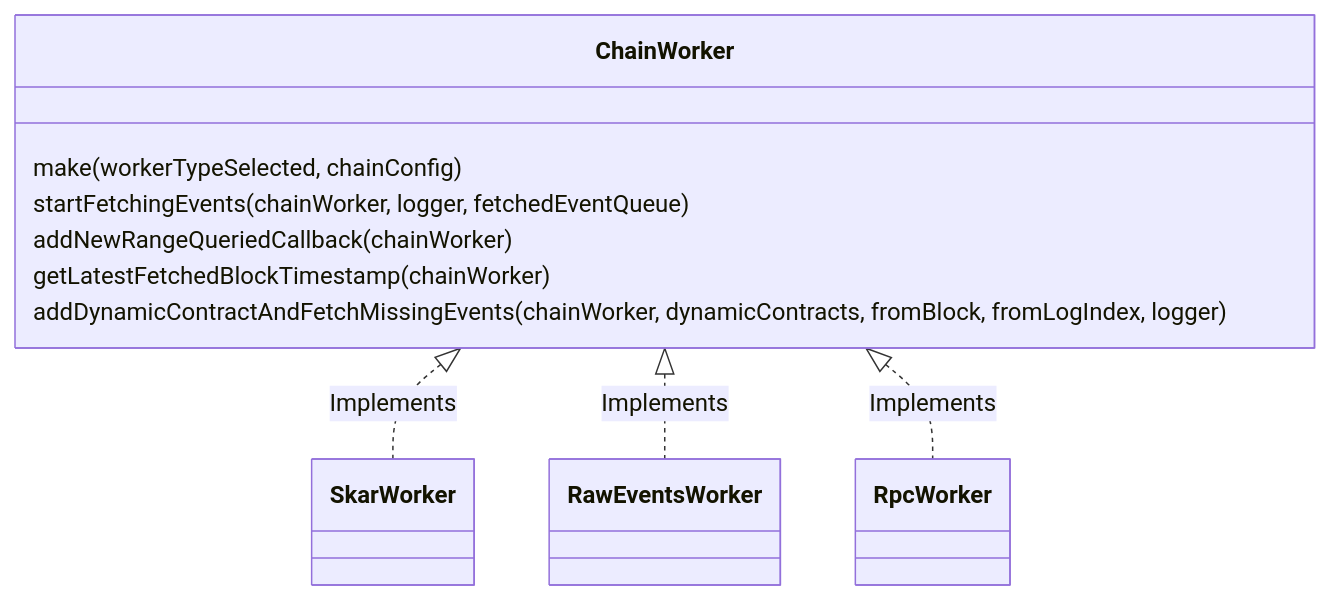
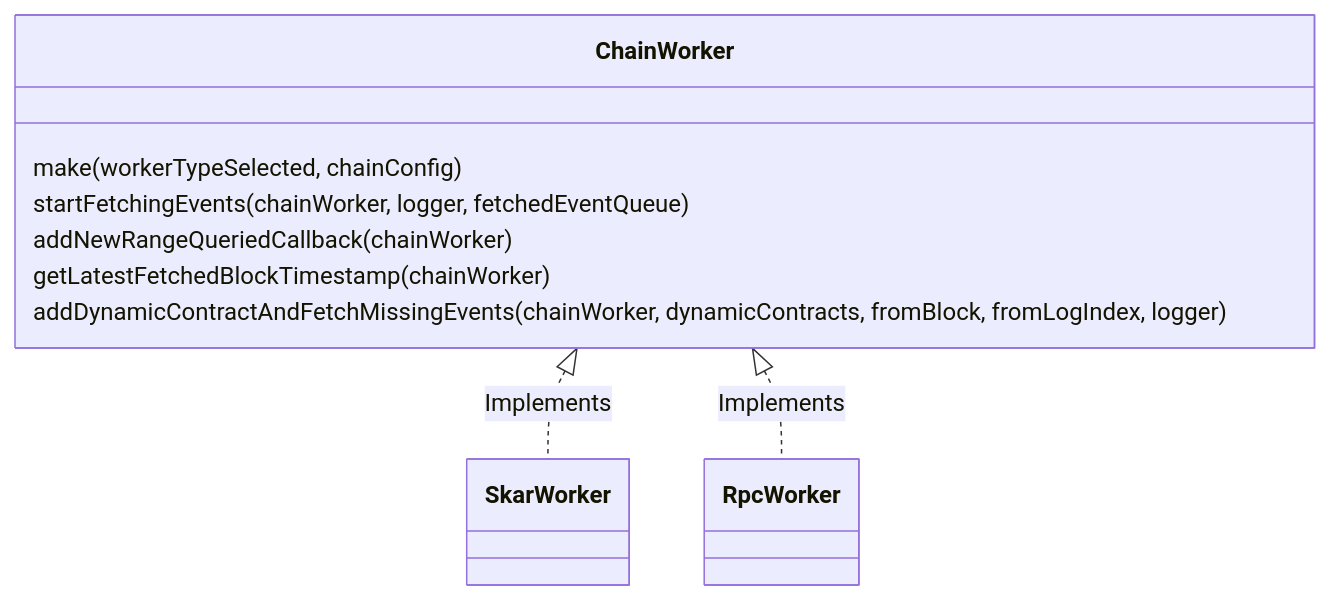
The third of 3 diagrams in internal_docs/EventFetchers.md (enviodev/hyperindex), drawn with Mermaid before and after one commit. The commit also changed other lines of this file and 8 other files, not shown here.

````diff
--- a/internal_docs/EventFetchers.md
+++ b/internal_docs/EventFetchers.md
@@ -51,13 +51,12 @@
 ```mermaid
 classDiagram
   class ChainWorker {
     make(workerTypeSelected, chainConfig)
     startFetchingEvents(chainWorker, logger, fetchedEventQueue)
     addNewRangeQueriedCallback(chainWorker)
     getLatestFetchedBlockTimestamp(chainWorker)
     addDynamicContractAndFetchMissingEvents(chainWorker, dynamicContracts, fromBlock, fromLogIndex, logger)
   }
   ChainWorker <|.. SkarWorker : Implements
-  ChainWorker <|.. RawEventsWorker : Implements
   ChainWorker <|.. RpcWorker : Implements
 ```
````
